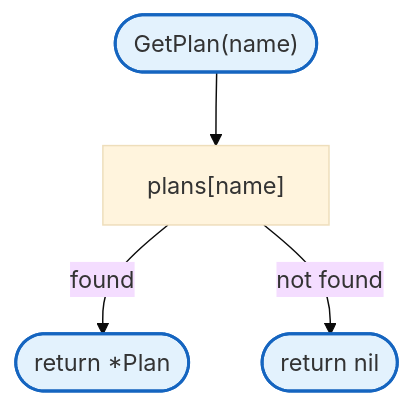
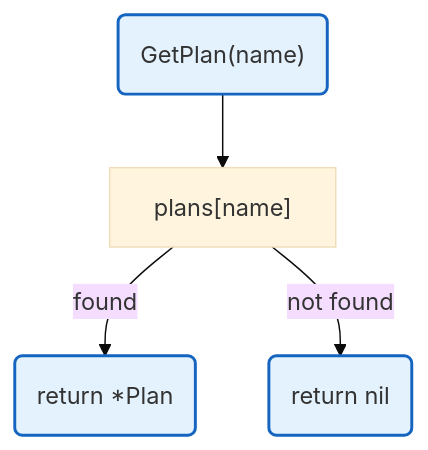
One commit to radch-ai/ava changed the diagram in docs/config/plans.md. Above: the diagram before and after it, drawn with Mermaid (base theme). The commit also changed 24 other files, not shown here.

First line of the commit message:
fix(docs): fix mermaid syntax errors in all diagrams

````diff
--- a/docs/config/plans.md
+++ b/docs/config/plans.md
@@ -7,9 +7,9 @@
 ```mermaid
 flowchart TB
-    Start(["GetPlan(name)"]) --> Lookup["plans[name]"]
-    Lookup -->|found| Done(["return *Plan"])
-    Lookup -->|not found| Nil(["return nil"])
+    Start("GetPlan(name)") --> Lookup["plans[name]"]
+    Lookup -->|found| Done("return *Plan")
+    Lookup -->|not found| Nil("return nil")
 
     classDef mainFn fill:#e3f2fd,stroke:#1565c0,stroke-width:2px
     class Start,Done,Nil mainFn
 ```
````
